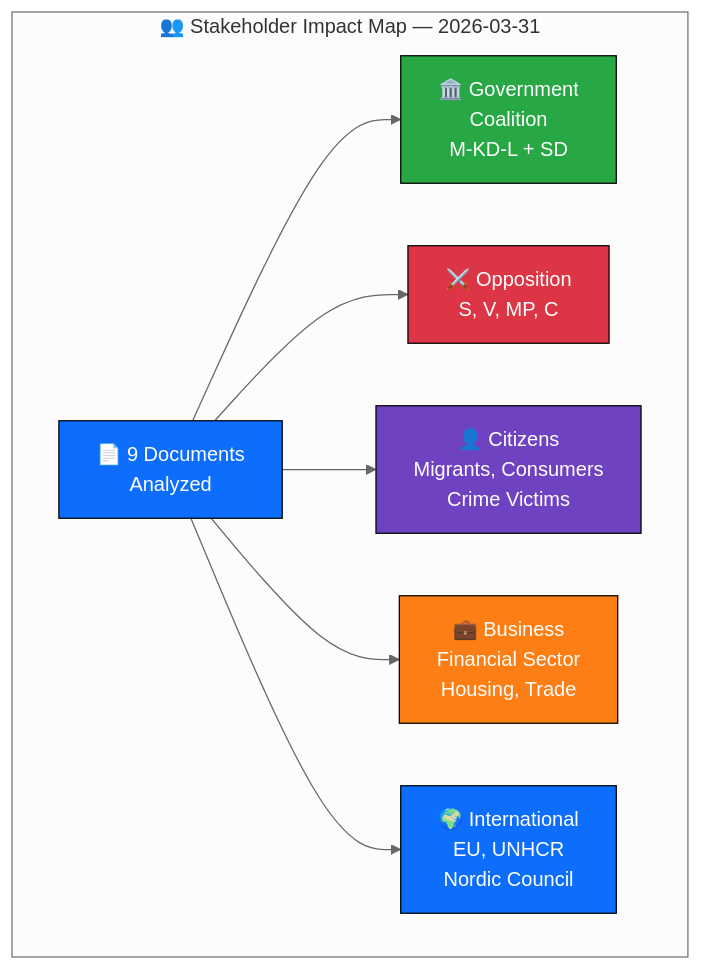
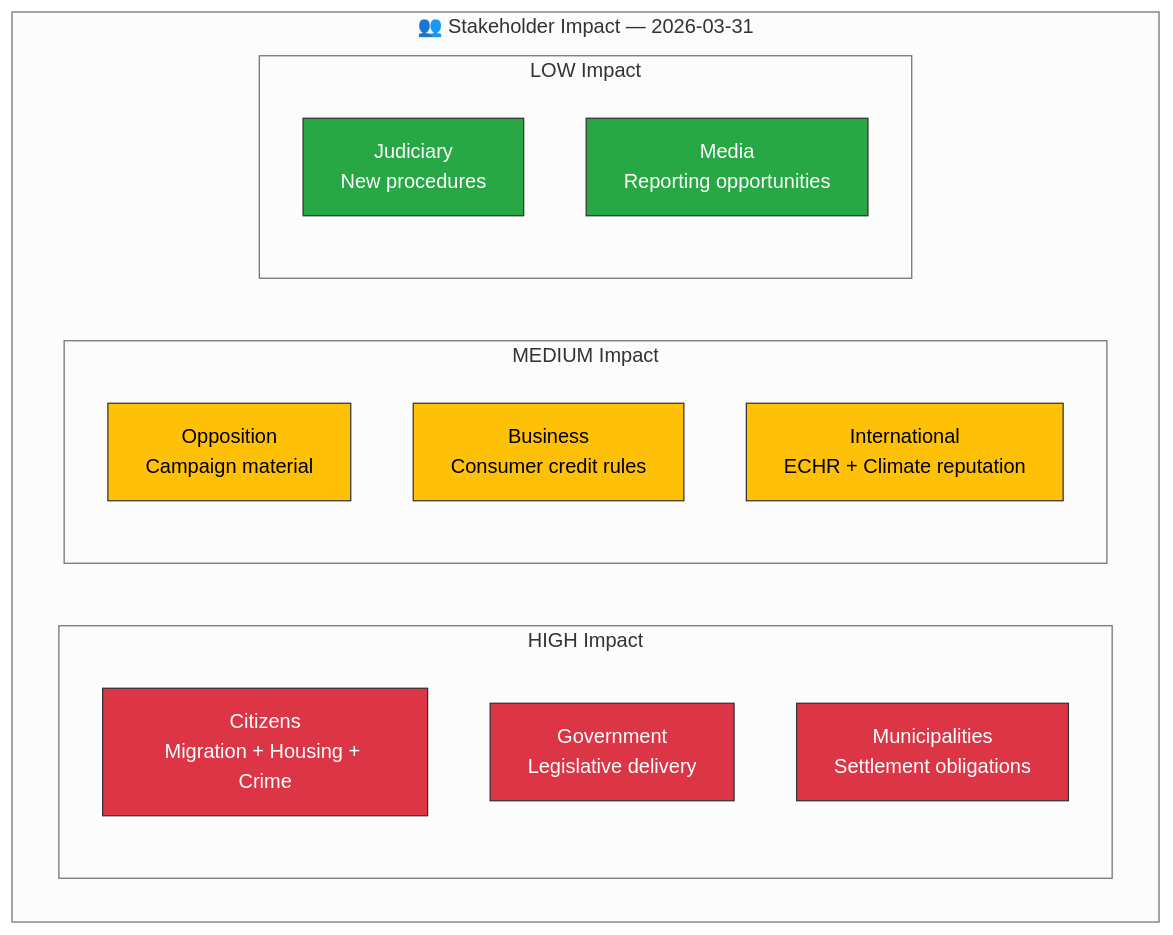
Before and after one commit to Hack23/riksdagsmonitor: the diagram in analysis/daily/2026-03-31/stakeholder-perspectives.md, drawn with Mermaid (neutral theme). The commit also changed other lines of this file and 22 other files, not shown here.

````diff
--- a/analysis/daily/2026-03-31/stakeholder-perspectives.md
+++ b/analysis/daily/2026-03-31/stakeholder-perspectives.md
@@ -32,22 +17,28 @@
 ```mermaid
 graph TD
-    subgraph "👥 Stakeholder Impact Map — 2026-03-31"
-        DOC["📄 9 Documents<br/>Analyzed"]
-        GOV["🏛️ Government<br/>Coalition<br/>M-KD-L + SD"]
-        OPP["⚔️ Opposition<br/>S, V, MP, C"]
-        CIT["👤 Citizens<br/>Migrants, Consumers<br/>Crime Victims"]
-        BIZ["💼 Business<br/>Financial Sector<br/>Housing, Trade"]
-        INT["🌍 International<br/>EU, UNHCR<br/>Nordic Council"]
+    subgraph "👥 Stakeholder Impact — 2026-03-31"
+        subgraph "HIGH Impact"
+            S1["Citizens<br/>Migration + Housing + Crime"]
+            S2["Government<br/>Legislative delivery"]
+            S3["Municipalities<br/>Settlement obligations"]
+        end
+        subgraph "MEDIUM Impact"
+            S4["Opposition<br/>Campaign material"]
+            S5["Business<br/>Consumer credit rules"]
+            S6["International<br/>ECHR + Climate reputation"]
+        end
+        subgraph "LOW Impact"
+            S7["Judiciary<br/>New procedures"]
+            S8["Media<br/>Reporting opportunities"]
+        end
     end
-    DOC --> GOV
-    DOC --> OPP
-    DOC --> CIT
-    DOC --> BIZ
-    DOC --> INT
-    style DOC fill:#0d6efd,stroke:#000,color:#fff
-    style GOV fill:#28a745,stroke:#000,color:#fff
-    style OPP fill:#dc3545,stroke:#000,color:#fff
-    style CIT fill:#6f42c1,stroke:#000,color:#fff
-    style BIZ fill:#fd7e14,stroke:#000,color:#fff
-    style INT fill:#0d6efd,stroke:#000,color:#fff
+
+    style S1 fill:#dc3545,stroke:#333,color:#fff
+    style S2 fill:#dc3545,stroke:#333,color:#fff
+    style S3 fill:#dc3545,stroke:#333,color:#fff
+    style S4 fill:#ffc107,stroke:#333,color:#000
+    style S5 fill:#ffc107,stroke:#333,color:#000
+    style S6 fill:#ffc107,stroke:#333,color:#000
+    style S7 fill:#28a745,stroke:#333,color:#fff
+    style S8 fill:#28a745,stroke:#333,color:#fff
 ```
````
